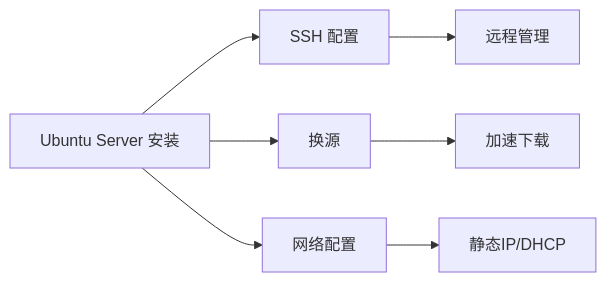
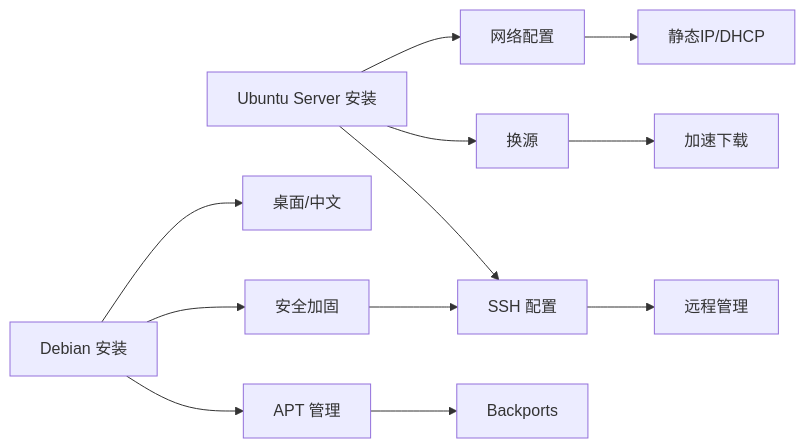
The first of 4 diagrams in linux/linux MOC.md (Treasoni/Study-Notes), drawn with Mermaid before and after one commit. The commit also changed other lines of this file and 2 other files, not shown here.

Commit message:
docs: workspace.json,linux MOC.md debian\347\263\273\347\273\237\345\256\211\350\243\205\346\225\231\347\250\213.workflow.md"

````diff
--- a/linux/linux MOC.md
+++ b/linux/linux MOC.md
@@ -74,9 +75,14 @@
 ```mermaid
 flowchart LR
     A[Ubuntu Server 安装] --> B[SSH 配置]
     A --> C[换源]
     A --> D[网络配置]
     B --> E[远程管理]
     C --> F[加速下载]
     D --> G[静态IP/DHCP]
+    H[Debian 安装] --> I[APT 管理]
+    H --> J[安全加固]
+    H --> K[桌面/中文]
+    I --> L[Backports]
+    J --> B
 ```
````
